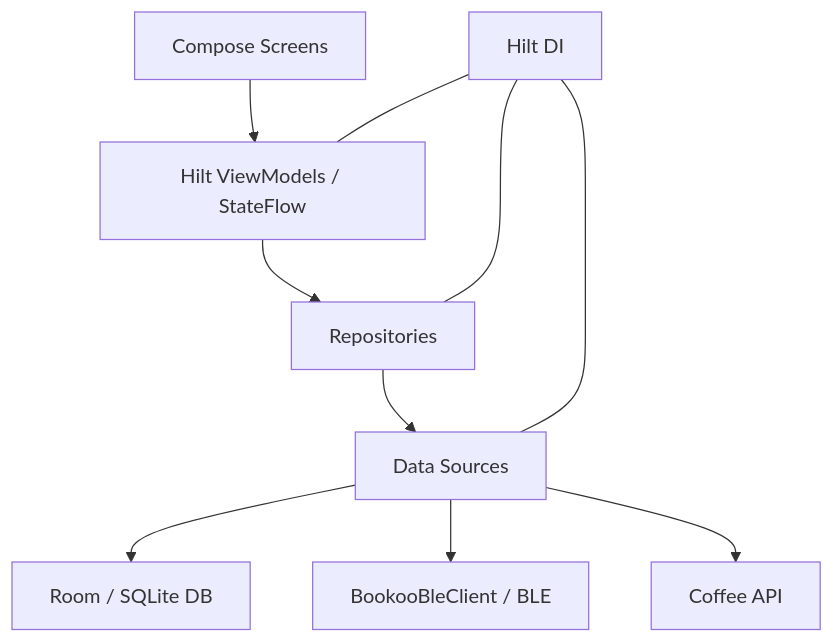
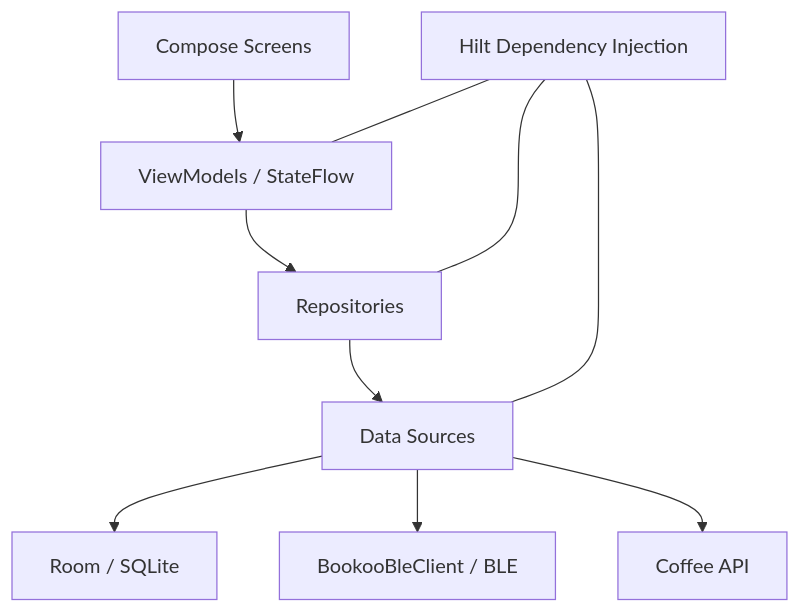
The diagram in README.md (VictorKoffed/Projekt-Android), drawn with Mermaid before and after one commit. The commit also changed other lines of this file, not shown here.

````diff
--- a/README.md
+++ b/README.md
@@ -119,12 +171,14 @@
 ```mermaid
 graph TD
-  UI["Compose Screens"] --> VM["Hilt ViewModels / StateFlow"]
+  UI["Compose Screens"] --> VM["ViewModels / StateFlow"]
   VM --> Repo["Repositories"]
   Repo --> Data["Data Sources"]
-  Data --> Room["Room / SQLite DB"]
+
+  Data --> Room["Room / SQLite"]
   Data --> BLE["BookooBleClient / BLE"]
   Data --> Network["Coffee API"]
-  DI["Hilt DI"] --- VM
+
+  DI["Hilt Dependency Injection"] --- VM
   DI --- Repo
   DI --- Data
 ```
````
